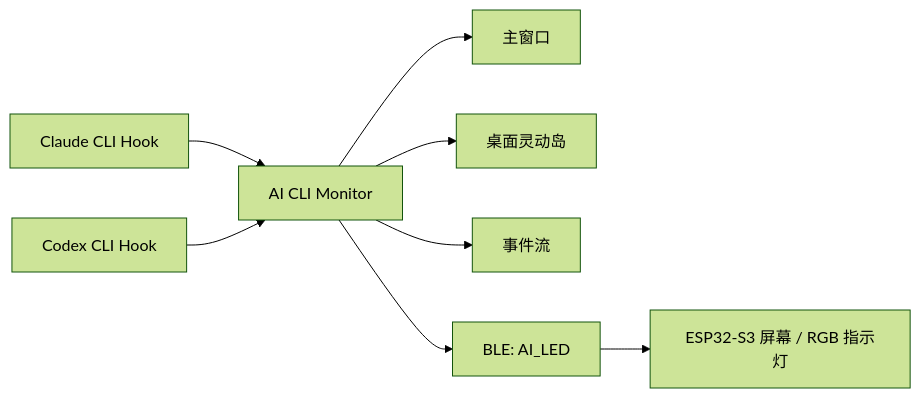
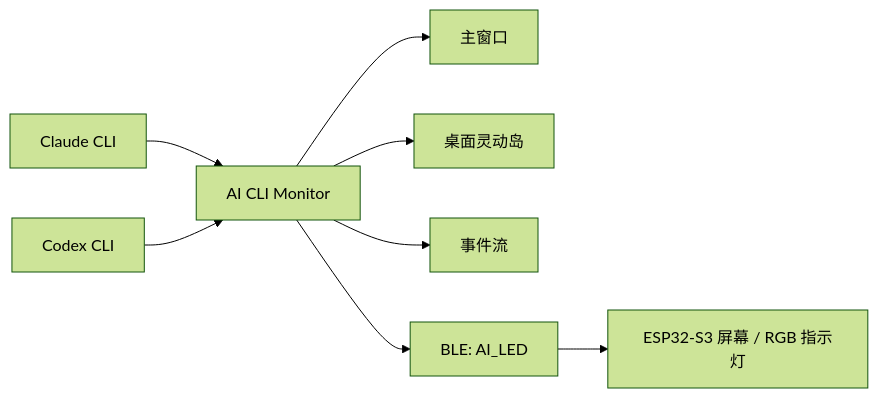
Before and after one commit to MSamor/AI-CLI-Monitor: the diagram in README.md, drawn with Mermaid (forest theme). The commit also changed 1 other file, not shown here.

Commit message:
feat(文档): 更新项目描述

````diff
--- a/README.md
+++ b/README.md
@@ -61,10 +61,10 @@
 ```mermaid
 flowchart LR
-  Claude[Claude CLI Hook] --> Monitor[AI CLI Monitor]
-  Codex[Codex CLI Hook] --> Monitor
+  Claude[Claude CLI] --> Monitor[AI CLI Monitor]
+  Codex[Codex CLI] --> Monitor
   Monitor --> Window[主窗口]
   Monitor --> Island[桌面灵动岛]
   Monitor --> Events[事件流]
   Monitor --> BLE[BLE: AI_LED]
   BLE --> Device[ESP32-S3 屏幕 / RGB 指示灯]
 ```
````
